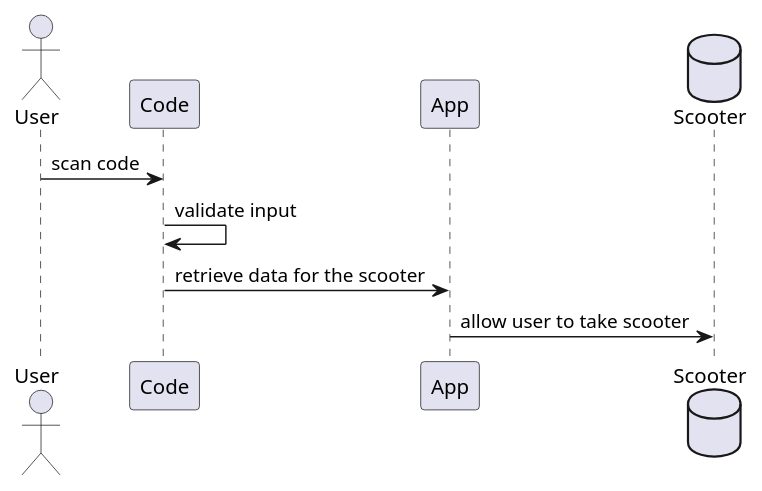
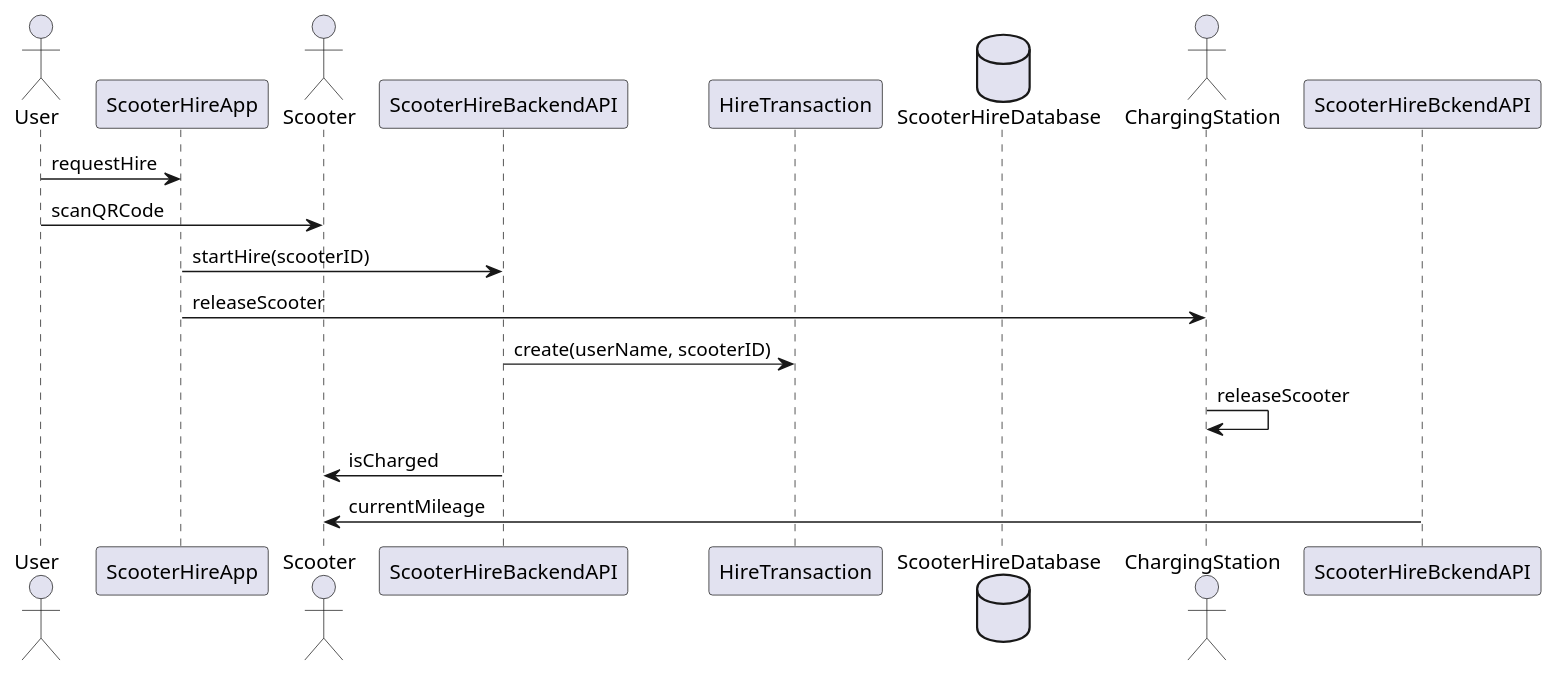
The diagram in UML/scooterSequence2.puml (Halima1997/mv-bootcamp), drawn with PlantUML before and after one commit. The commit also changed 1 other file, not shown here.

Commit message:
Latest changes scooter

```diff
--- a/UML/scooterSequence2.puml
+++ b/UML/scooterSequence2.puml
@@ -1,15 +1,20 @@
 @startuml
 
 actor User
-participant Code
-participant App
-database Scooter
+participant ScooterHireApp
+actor Scooter
+participant ScooterHireBackendAPI
+participant HireTransaction
+database ScooterHireDatabase
+actor ChargingStation
 
-User -> Code: scan code
-Code -> Code: validate input
-Code -> App: retrieve data for the scooter
-App -> Scooter: allow user to take scooter
-
-
+User -> ScooterHireApp: requestHire
+User -> Scooter: scanQRCode
+ScooterHireApp -> ScooterHireBackendAPI: startHire(scooterID)
+ScooterHireApp -> ChargingStation: releaseScooter
+ScooterHireBackendAPI -> HireTransaction: create(userName, scooterID)
+ChargingStation -> ChargingStation: releaseScooter
+ScooterHireBackendAPI -> Scooter: isCharged
+ScooterHireBckendAPI -> Scooter: currentMileage
 
 @enduml
```
